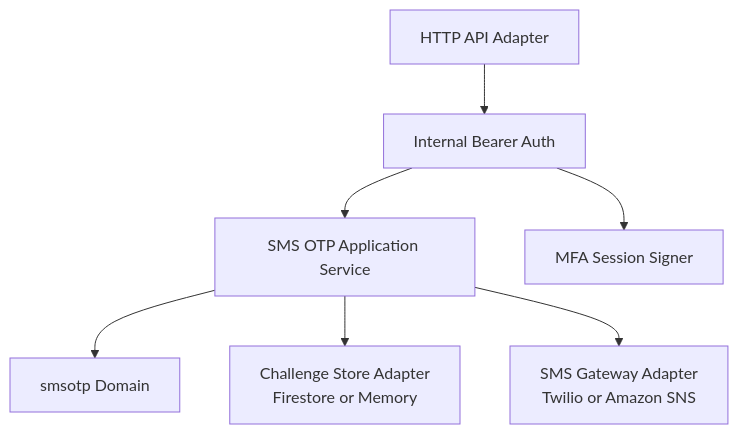
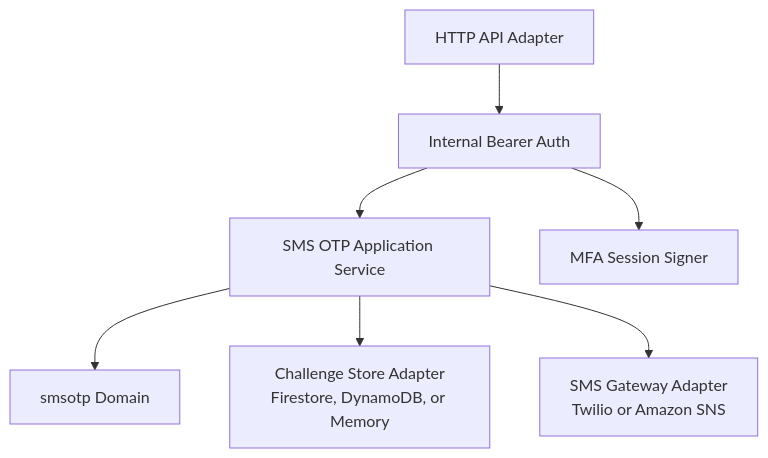
One commit to inceptionlabscorp/sms-otp-factor-service changed the second of 5 diagrams in docs/architecture.md. Above: the diagram before and after it, drawn with Mermaid. The commit also changed other lines of this file and 14 other files, not shown here.

````diff
--- a/docs/architecture.md
+++ b/docs/architecture.md
@@ -75,17 +75,17 @@
 ```mermaid
 flowchart TB
   HTTP["HTTP API Adapter"]
   Auth["Internal Bearer Auth"]
   Application["SMS OTP Application Service"]
   Domain["smsotp Domain"]
   Session["MFA Session Signer"]
   Provider["SMS Gateway Adapter\nTwilio or Amazon SNS"]
-  Store["Challenge Store Adapter\nFirestore or Memory"]
+  Store["Challenge Store Adapter\nFirestore, DynamoDB, or Memory"]
 
   HTTP --> Auth
   Auth --> Application
   Application --> Domain
   Application --> Store
   Application --> Provider
   Auth --> Session
 ```
````
